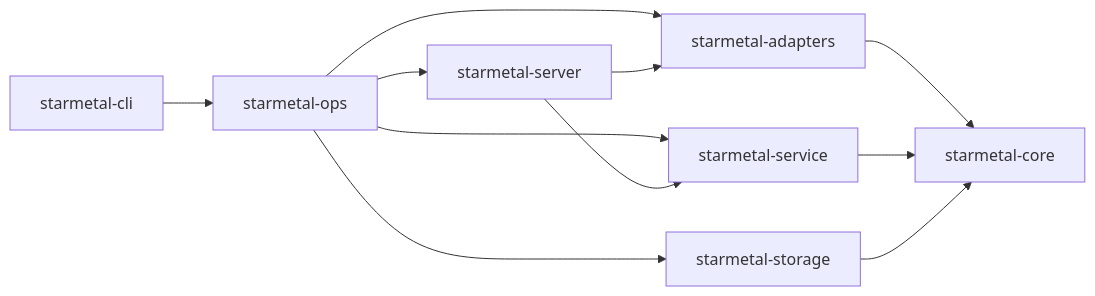
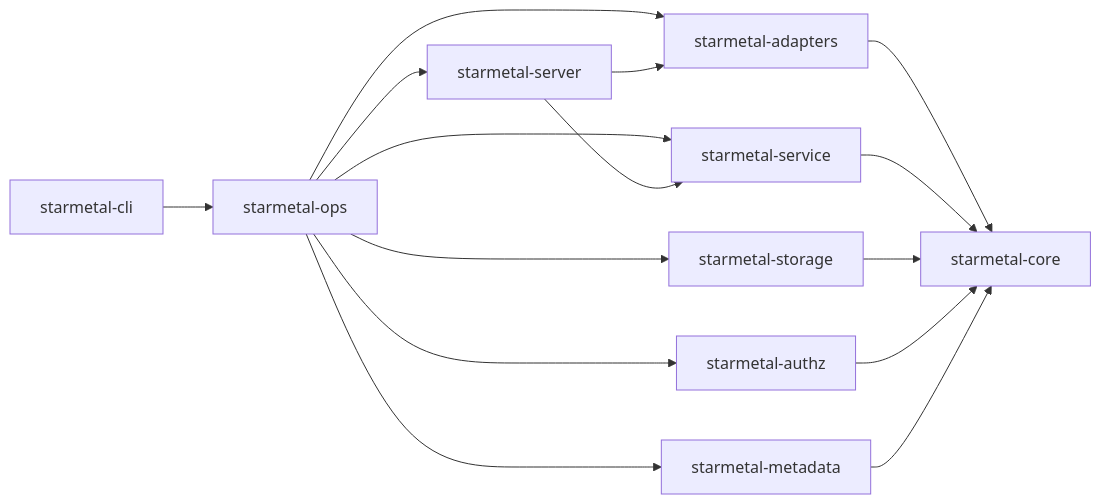
The second of 3 diagrams in docs/architecture.md (Goldziher/starmetal), drawn with Mermaid before and after one commit. The commit also changed other lines of this file and 4 other files, not shown here.

First line of the commit message:
docs: document metadata, authz, and supply-chain in README and guides

````diff
--- a/docs/architecture.md
+++ b/docs/architecture.md
@@ -112,13 +121,17 @@
 ```mermaid
 graph LR
     cli[starmetal-cli] --> ops[starmetal-ops]
     ops --> server[starmetal-server]
     ops --> service[starmetal-service]
     ops --> storage[starmetal-storage]
     ops --> adapters[starmetal-adapters]
+    ops --> authz[starmetal-authz]
+    ops --> metadata[starmetal-metadata]
     server --> adapters
     server --> service
     adapters --> core[starmetal-core]
     service --> core
     storage --> core
+    authz --> core
+    metadata --> core
 ```
````
